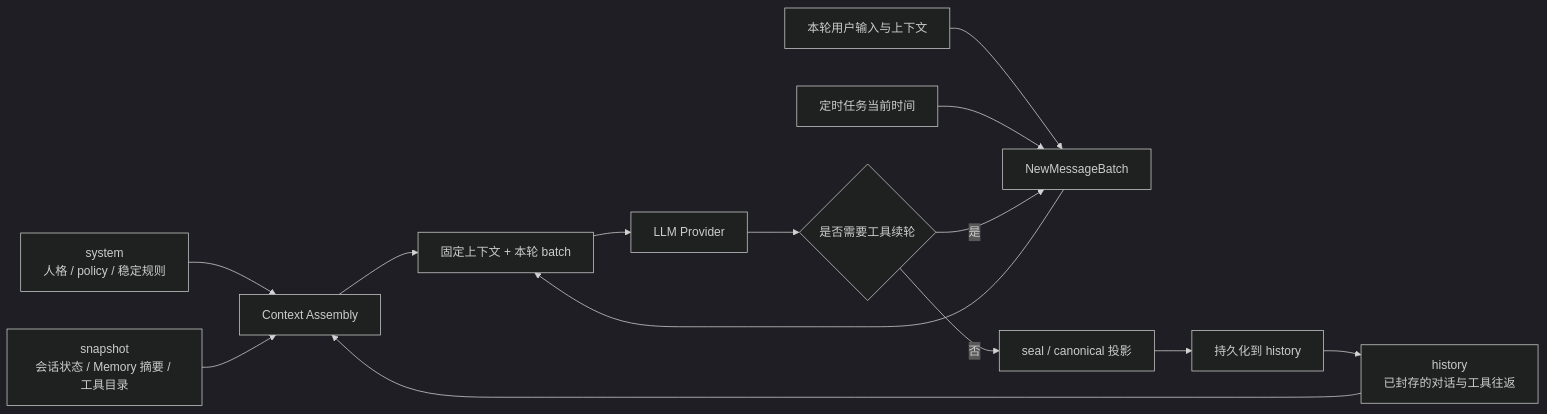
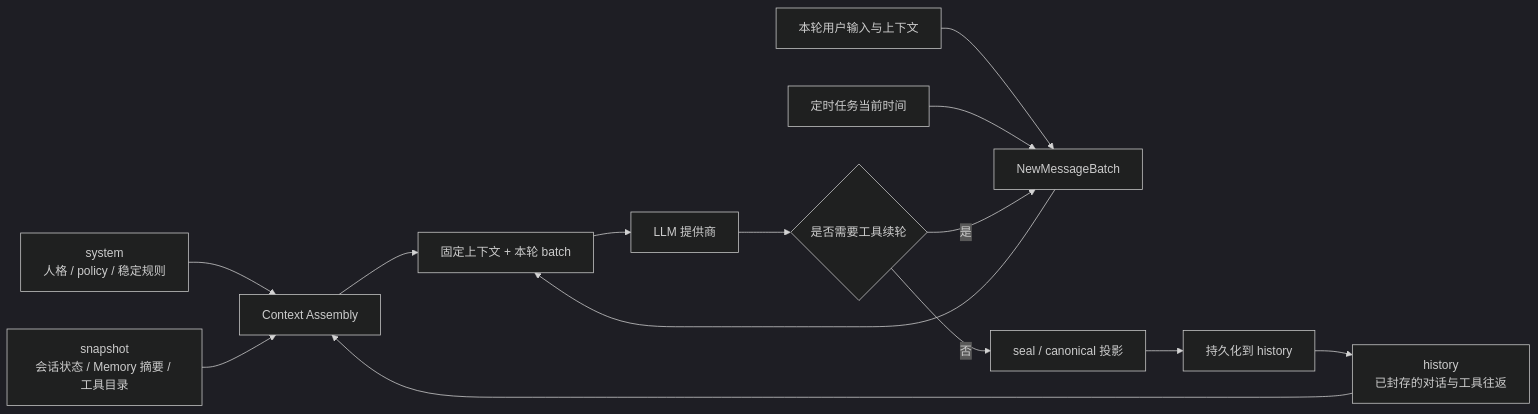
One commit to Coffeiz/Gugu-web changed the second of 2 diagrams in README.md. Above: the diagram before and after it, drawn with Mermaid (dark theme). The commit also changed other lines of this file and 332 other files, not shown here.

````diff
--- a/README.md
+++ b/README.md
@@ -324,16 +324,16 @@
 ```mermaid
 flowchart LR
     S[system<br/>人格 / policy / 稳定规则] --> C[Context Assembly]
     P[snapshot<br/>会话状态 / Memory 摘要 / 工具目录] --> C
     H[history<br/>已封存的对话与工具往返] --> C
     I[本轮用户输入与上下文] --> B[NewMessageBatch]
     C --> R[固定上下文 + 本轮 batch]
     B --> R
-    R --> L[LLM Provider]
+    R --> L[LLM 提供商]
     T[定时任务当前时间] --> B
     L --> Q{是否需要工具续轮}
     Q -- 是 --> B
     Q -- 否 --> K[seal / canonical 投影]
     K --> H2[持久化到 history]
     H2 --> H
 ```
````
